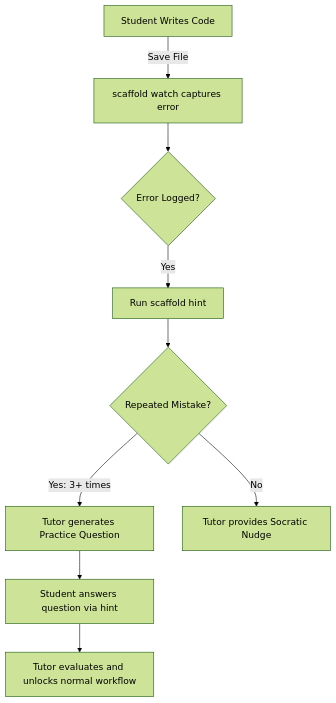
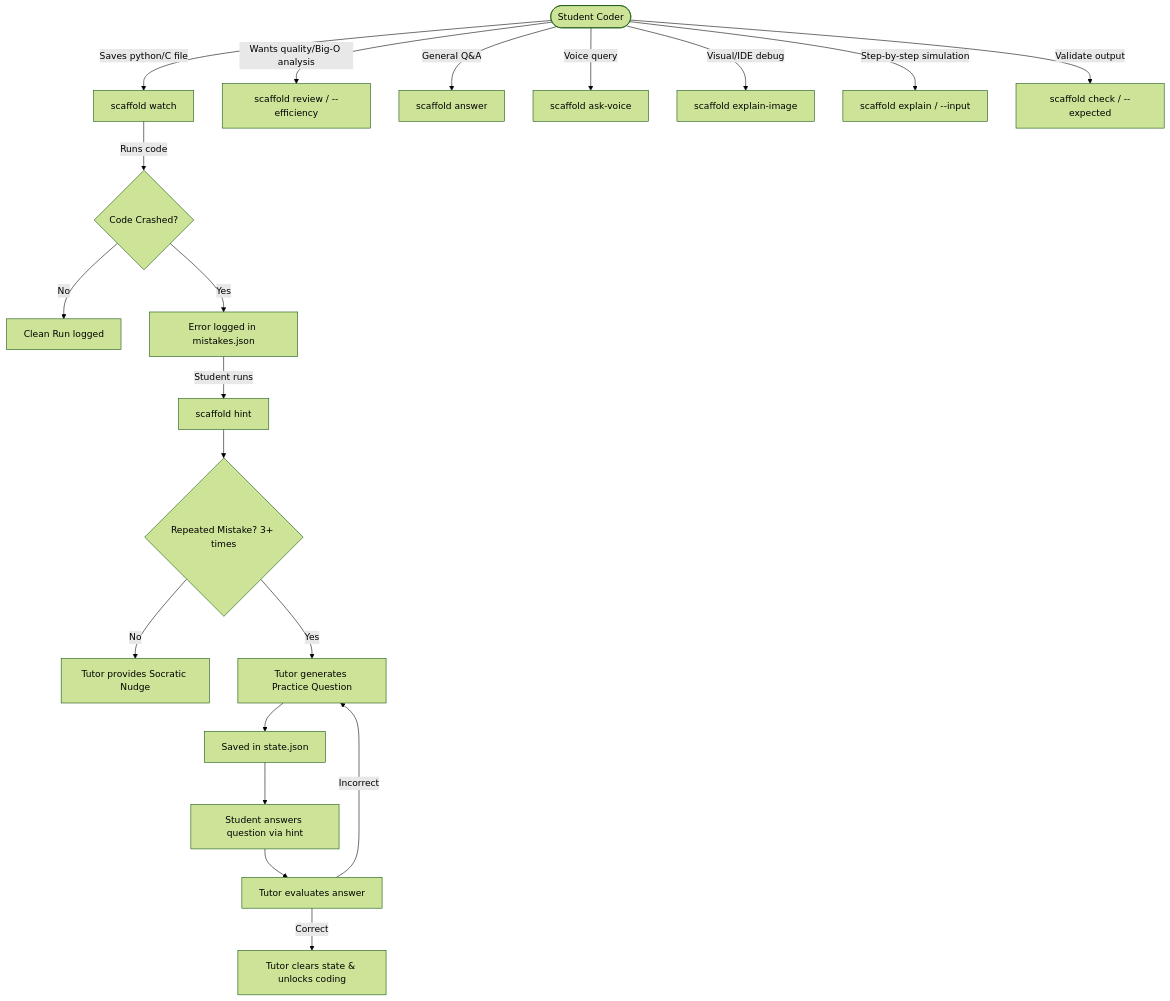
One commit to geekyfromgreek/Scaffold-_Build_with_gemma changed the diagram in README.md. Above: the diagram before and after it, drawn with Mermaid (forest theme).

Commit message:
expand workflow diagram in README to cover all commands

````diff
--- a/README.md
+++ b/README.md
@@ -28,11 +28,29 @@
 ```mermaid
 graph TD
-    A[Student Writes Code] -->|Save File| B[scaffold watch captures error]
-    B --> C{Error Logged?}
-    C -->|Yes| D[Run scaffold hint]
-    D --> E{Repeated Mistake?}
-    E -->|Yes: 3+ times| F[Tutor generates Practice Question]
-    E -->|No| G[Tutor provides Socratic Nudge]
-    F --> H[Student answers question via hint]
-    H --> I[Tutor evaluates and unlocks normal workflow]
+    %% Main Entry Points
+    Student([Student Coder]) -->|Saves python/C file| Watcher[scaffold watch]
+    Student -->|Wants quality/Big-O analysis| Review[scaffold review / --efficiency]
+    Student -->|General Q&A| Answer[scaffold answer]
+    Student -->|Voice query| Voice[scaffold ask-voice]
+    Student -->|Visual/IDE debug| Vision[scaffold explain-image]
+    Student -->|Step-by-step simulation| Explain[scaffold explain / --input]
+    Student -->|Validate output| Check[scaffold check / --expected]
+
+    %% Code Execution Flow
+    Watcher -->|Runs code| RunResult{Code Crashed?}
+    RunResult -->|No| Success[Clean Run logged]
+    RunResult -->|Yes| ErrorLogged[Error logged in mistakes.json]
+
+    %% Hint & Practice Interventions
+    ErrorLogged -->|Student runs| Hint[scaffold hint]
+    Hint --> RepeatedCheck{Repeated Mistake? 3+ times}
+    
+    RepeatedCheck -->|No| Socratic[Tutor provides Socratic Nudge]
+    RepeatedCheck -->|Yes| GeneratePractice[Tutor generates Practice Question]
+    
+    GeneratePractice --> SavePractice[Saved in state.json]
+    SavePractice --> StudentPractice[Student answers question via hint]
+    StudentPractice --> Evaluate[Tutor evaluates answer]
+    Evaluate -->|Incorrect| GeneratePractice
+    Evaluate -->|Correct| Unlock[Tutor clears state & unlocks coding]
 ```
````
